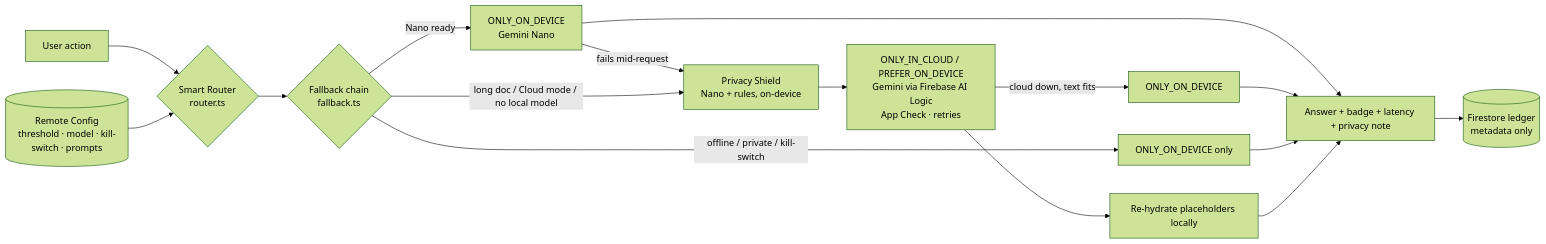
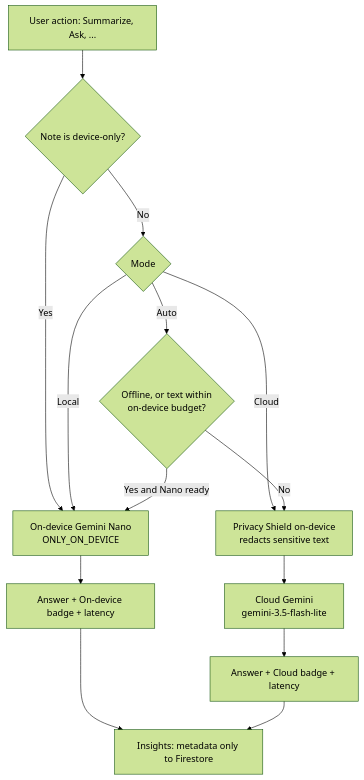
One commit to shravyasaravanane/HybridAI changed the diagram in README.md. Above: the diagram before and after it, drawn with Mermaid (forest theme). The commit also changed other lines of this file, not shown here.

````diff
--- a/README.md
+++ b/README.md
@@ -73,18 +37,16 @@
 ```mermaid
-flowchart LR
-  U[User action] --> R{Smart Router<br/>router.ts}
-  RC[(Remote Config<br/>threshold · model · kill-switch · prompts)] --> R
-  R --> F{Fallback chain<br/>fallback.ts}
-  F -- "Nano ready" --> N1["ONLY_ON_DEVICE<br/>Gemini Nano"]
-  N1 -- "fails mid-request" --> S
-  F -- "long doc / Cloud mode / no local model" --> S[Privacy Shield<br/>Nano + rules, on-device]
-  S --> C["ONLY_IN_CLOUD / PREFER_ON_DEVICE<br/>Gemini via Firebase AI Logic<br/>App Check · retries"]
-  C -- "cloud down, text fits" --> N2["ONLY_ON_DEVICE"]
-  F -- "offline / private / kill-switch" --> N3["ONLY_ON_DEVICE only"]
-  C --> H[Re-hydrate placeholders locally]
-  N1 --> O[Answer + badge + latency + privacy note]
-  N2 --> O
-  N3 --> O
-  H --> O
-  O --> L[(Firestore ledger<br/>metadata only)]
+flowchart TD
+    A[User action: Summarize, Ask, ...] --> B{Note is device-only?}
+    B -- Yes --> L[On-device Gemini Nano<br/>ONLY_ON_DEVICE]
+    B -- No --> C{Mode}
+    C -- Local --> L
+    C -- Cloud --> S[Privacy Shield on-device<br/>redacts sensitive text]
+    C -- Auto --> D{Offline, or text within<br/>on-device budget?}
+    D -- Yes and Nano ready --> L
+    D -- No --> S
+    S --> CL[Cloud Gemini<br/>gemini-3.5-flash-lite]
+    L --> R[Answer + On-device badge + latency]
+    CL --> R2[Answer + Cloud badge + latency]
+    R --> I[Insights: metadata only to Firestore]
+    R2 --> I
 ```
````
